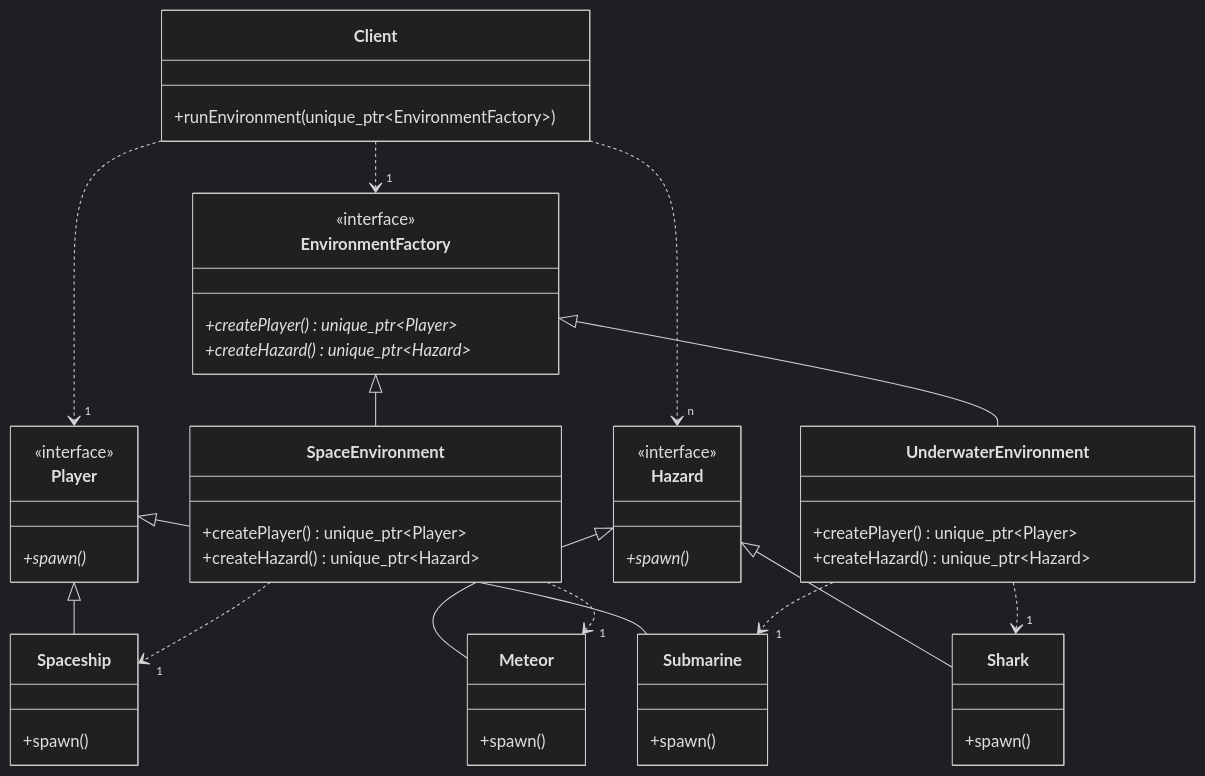
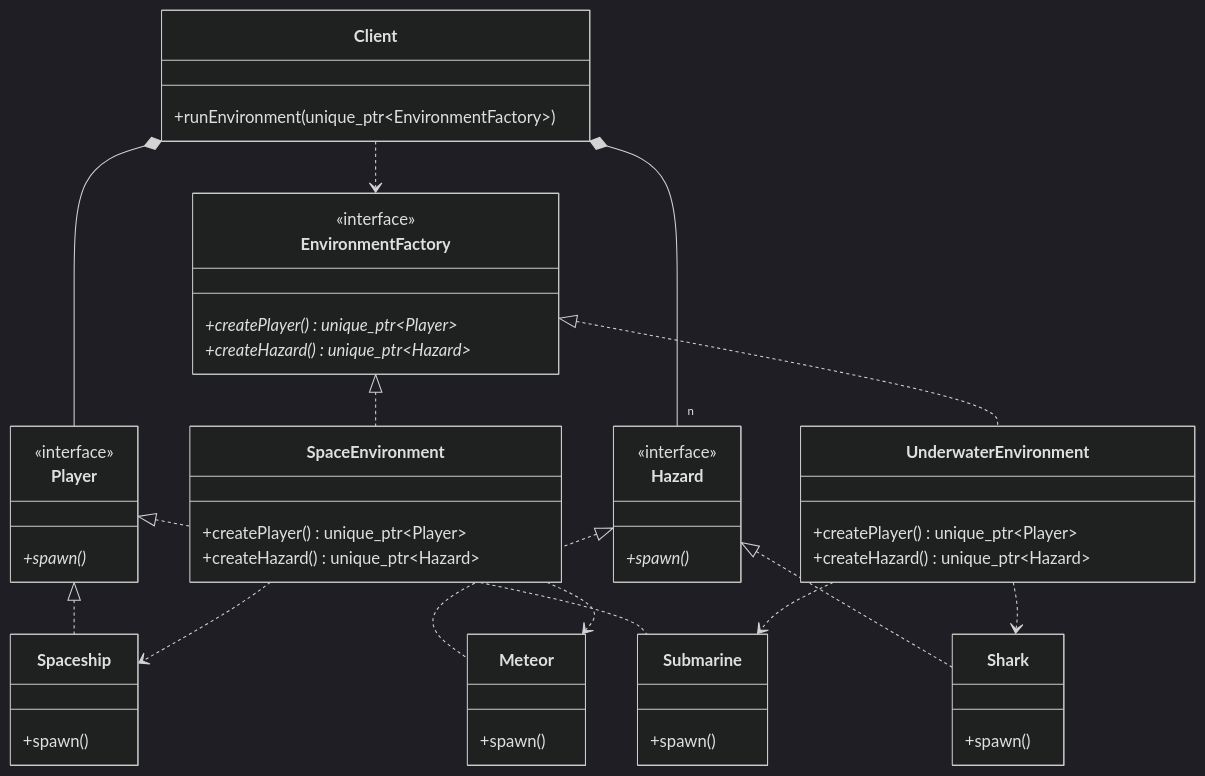
The diagram in 03_AbstractFactoryMethod/README.md (Cichlidfishexigency721/Modern-CPP-Design-Patterns), drawn with Mermaid (dark theme) before and after one commit. The commit also changed 22 other files, not shown here.

Commit message:
UML improvement

````diff
--- a/03_AbstractFactoryMethod/README.md
+++ b/03_AbstractFactoryMethod/README.md
@@ -46,57 +46,57 @@
 ```mermaid
 classDiagram
     class Player {
         <<interface>>
         +spawn()*
     }
     class Hazard {
         <<interface>>
         +spawn()*
     }
 
     class Spaceship { +spawn() }
     class Meteor { +spawn() }
     class Submarine { +spawn() }
     class Shark { +spawn() }
 
     class EnvironmentFactory {
         <<interface>>
         +createPlayer()* unique_ptr~Player~
         +createHazard()* unique_ptr~Hazard~
     }
 
     class SpaceEnvironment {
         +createPlayer() unique_ptr~Player~
         +createHazard() unique_ptr~Hazard~
     }
 
     class UnderwaterEnvironment {
         +createPlayer() unique_ptr~Player~
         +createHazard() unique_ptr~Hazard~
     }
 
     class Client {
         +runEnvironment(unique_ptr~EnvironmentFactory~)
     }
 
     %% Inheritance Relationships
-    Player <|-- Spaceship
-    Player <|-- Submarine
-    Hazard <|-- Meteor
-    Hazard <|-- Shark
+    Player <|.. Spaceship
+    Player <|.. Submarine
+    Hazard <|.. Meteor
+    Hazard <|.. Shark
 
-    EnvironmentFactory <|-- SpaceEnvironment
-    EnvironmentFactory <|-- UnderwaterEnvironment
+    EnvironmentFactory <|.. SpaceEnvironment
+    EnvironmentFactory <|.. UnderwaterEnvironment
 
     %% Creation Dependencies (The Families)
-    SpaceEnvironment ..> "1" Spaceship
-    SpaceEnvironment ..> "1" Meteor
+    SpaceEnvironment ..> Spaceship
+    SpaceEnvironment ..> Meteor
     
-    UnderwaterEnvironment ..> "1" Submarine
-    UnderwaterEnvironment ..> "1" Shark
+    UnderwaterEnvironment ..> Submarine
+    UnderwaterEnvironment ..> Shark
 
     %% Client interacting with abstractions
-    Client ..> "1" EnvironmentFactory
-    Client ..> "1" Player
-    Client ..> "n" Hazard
+    Client ..> EnvironmentFactory
+    Client *-- Player
+    Client *-- "n" Hazard
 ```
````
